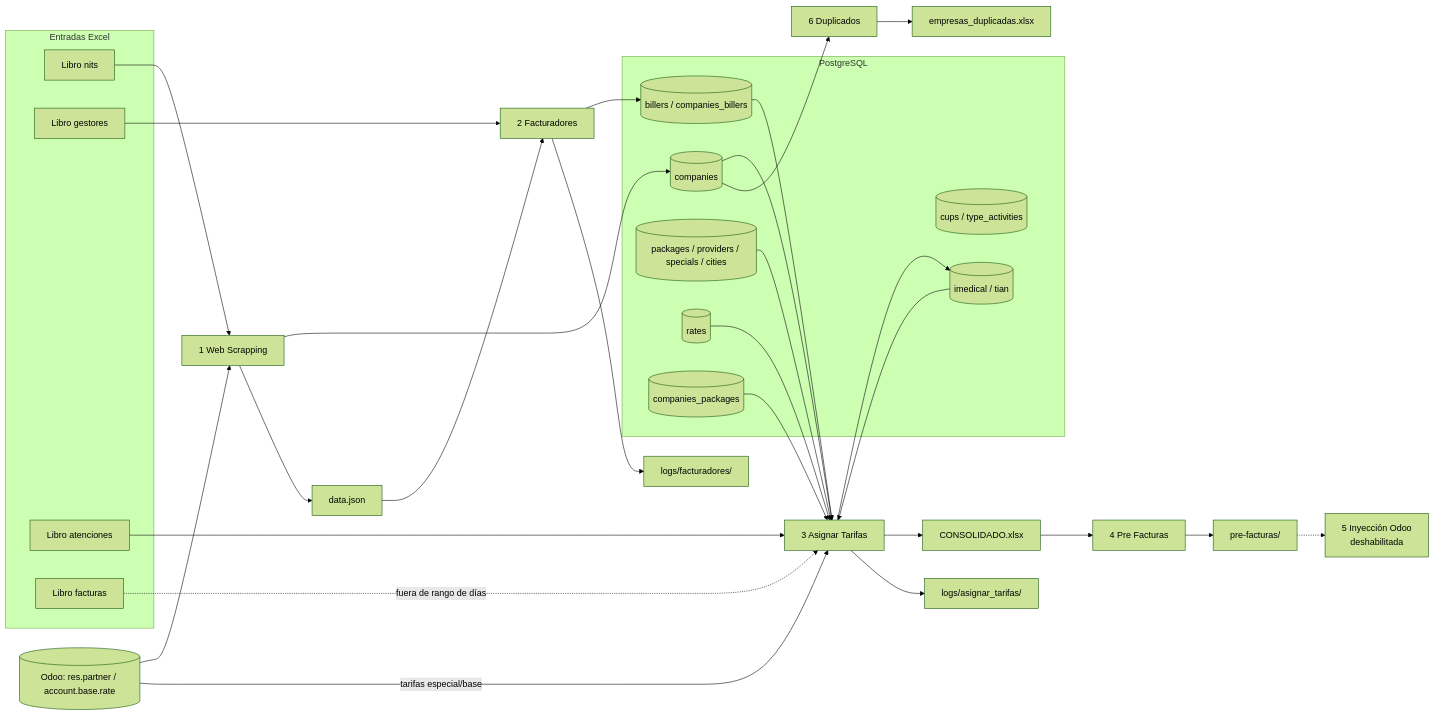
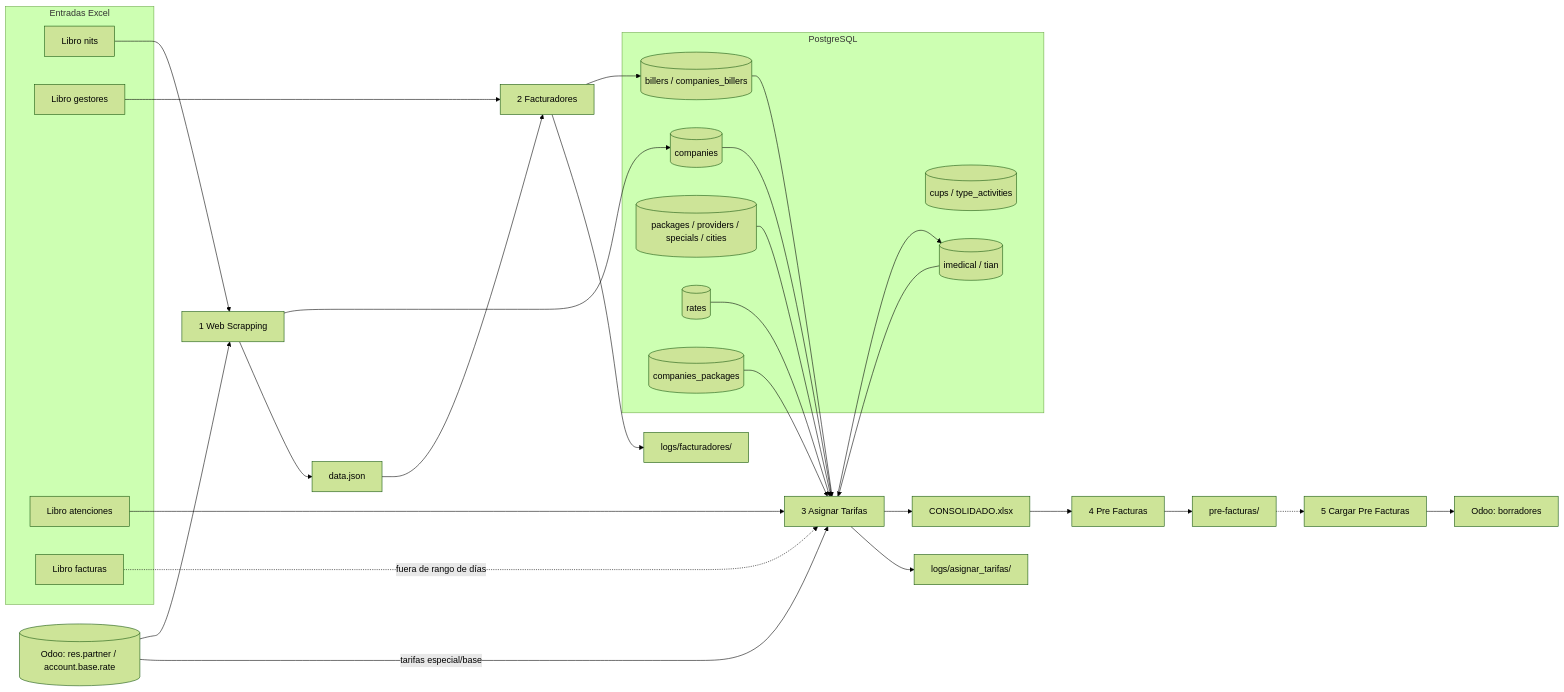
One commit to santo2409/Facturacion changed diagram 11 of 12 in docs/c4-diagrams.md. Above: the diagram before and after it, drawn with Mermaid (forest theme). The commit also changed other lines of this file and 17 other files, not shown here.

First line of the commit message:
refactor(company): eliminar la detección de empresas duplicadas (opción 6)

````diff
--- a/docs/c4-diagrams.md
+++ b/docs/c4-diagrams.md
@@ -484,38 +484,37 @@
 ```mermaid
 flowchart LR
     subgraph IN[Entradas Excel]
         X1[Libro nits]
         X2[Libro gestores]
         X6[Libro atenciones]
         X6b[Libro facturas]
     end
 
     subgraph BD[PostgreSQL]
         T1[(companies)]
         T2[(billers / companies_billers)]
         T3[(packages / providers / specials / cities)]
         T4[(rates)]
         T5[(companies_packages)]
         T6[(cups / type_activities)]
         T7[(imedical / tian)]
     end
 
     ODOO[(Odoo: res.partner / account.base.rate)]
 
     X1 --> O1[1 Web Scrapping] --> T1
     ODOO --> O1
     ODOO -->|tarifas especial/base| O6
     O1 --> J[data.json]
     X2 --> O2[2 Facturadores] --> T2
     J --> O2
     X6 --> O6[3 Asignar Tarifas]
     X6b -.->|fuera de rango de días| O6
     T1 & T2 & T3 & T4 & T5 & T7 --> O6
     O6 --> CONS[CONSOLIDADO.xlsx]
     O6 --> T7
     CONS --> O7[4 Pre Facturas] --> PF[pre-facturas/]
-    PF -.-> O8[5 Inyección Odoo<br/>deshabilitada]
-    T1 --> O10[6 Duplicados] --> DUP[empresas_duplicadas.xlsx]
+    PF -.-> O8[5 Cargar Pre Facturas] --> ODOOW[Odoo: borradores]
     O2 --> F2["logs/facturadores/"]
     O6 --> F6["logs/asignar_tarifas/"]
 ```
````
